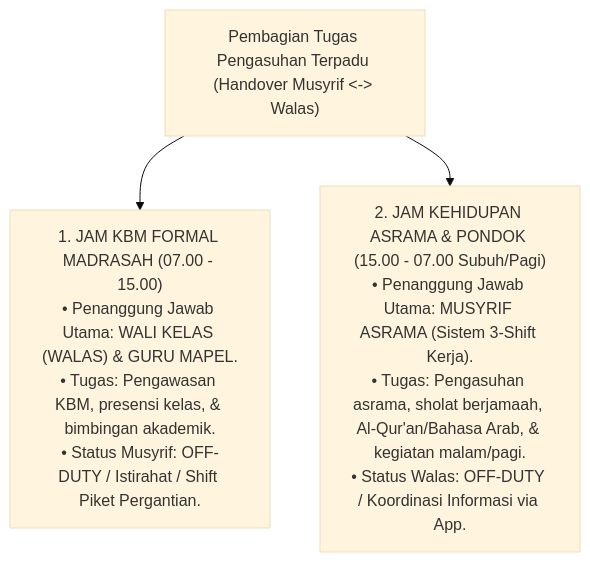
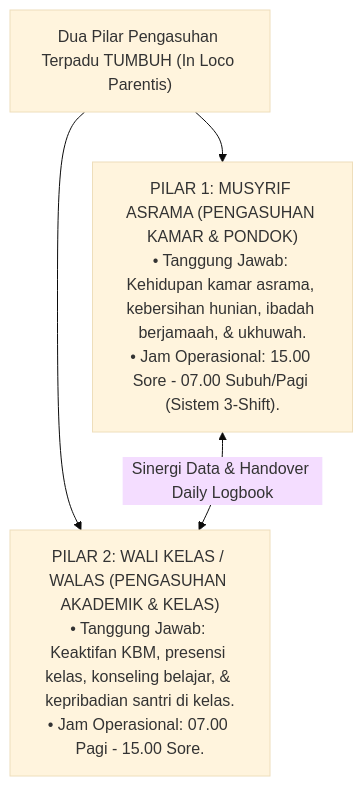
The second of 3 diagrams in 07 Implementation Framework/Jurnal-Monograf-Riset-Struktur-Terpadu-Pengasuhan.md (wandiapriliyandi/tumbuh), drawn with Mermaid (base theme) before and after one commit. The commit also changed other lines of this file and 3 other files, not shown here.

Commit message:
feat: affirm Dual-Pillar Caretaking Concept (Musyrif Asrama + Wali Kelas Walas) in In Loco Parentis framework

````diff
--- a/07 Implementation Framework/Jurnal-Monograf-Riset-Struktur-Terpadu-Pengasuhan.md
+++ b/07 Implementation Framework/Jurnal-Monograf-Riset-Struktur-Terpadu-Pengasuhan.md
@@ -43,6 +43,7 @@
 ```mermaid
 graph TD
-    DutyBoundary["Pembagian Tugas Pengasuhan Terpadu (Handover Musyrif <-> Walas)"]
-    DutyBoundary --> MadrasahHours["1. JAM KBM FORMAL MADRASAH (07.00 - 15.00)<br/>• Penanggung Jawab Utama: WALI KELAS (WALAS) & GURU MAPEL.<br/>• Tugas: Pengawasan KBM, presensi kelas, & bimbingan akademik.<br/>• Status Musyrif: OFF-DUTY / Istirahat / Shift Piket Pergantian."]
-    DutyBoundary --> DormitoryHours["2. JAM KEHIDUPAN ASRAMA & PONDOK (15.00 - 07.00 Subuh/Pagi)<br/>• Penanggung Jawab Utama: MUSYRIF ASRAMA (Sistem 3-Shift Kerja).<br/>• Tugas: Pengasuhan asrama, sholat berjamaah, Al-Qur'an/Bahasa Arab, & kegiatan malam/pagi.<br/>• Status Walas: OFF-DUTY / Koordinasi Informasi via App."]
+    DualPillarDiagram["Dua Pilar Pengasuhan Terpadu TUMBUH (In Loco Parentis)"]
+    DualPillarDiagram --> MusyrifPillar["PILAR 1: MUSYRIF ASRAMA (PENGASUHAN KAMAR & PONDOK)<br/>• Tanggung Jawab: Kehidupan kamar asrama, kebersihan hunian, ibadah berjamaah, & ukhuwah.<br/>• Jam Operasional: 15.00 Sore - 07.00 Subuh/Pagi (Sistem 3-Shift)."]
+    DualPillarDiagram --> WalasPillar["PILAR 2: WALI KELAS / WALAS (PENGASUHAN AKADEMIK & KELAS)<br/>• Tanggung Jawab: Keaktifan KBM, presensi kelas, konseling belajar, & kepribadian santri di kelas.<br/>• Jam Operasional: 07.00 Pagi - 15.00 Sore."]
+    MusyrifPillar <--> |Sinergi Data & Handover Daily Logbook| WalasPillar
 ```
````
